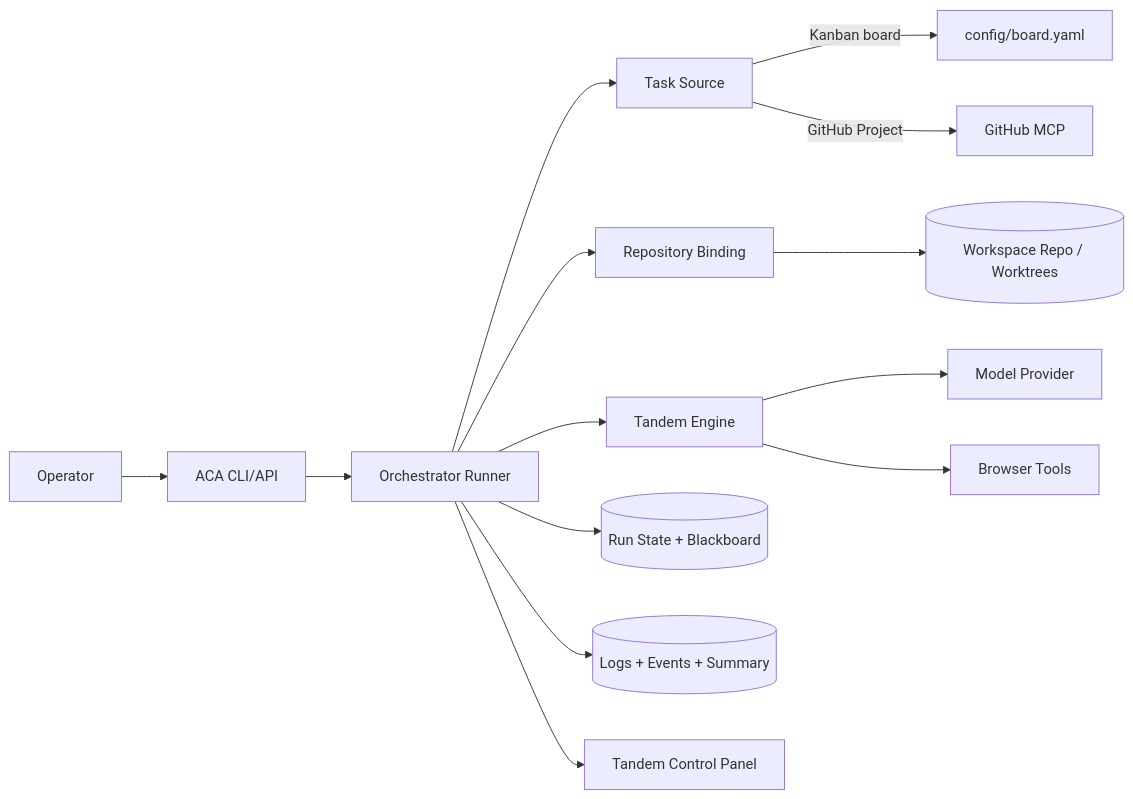
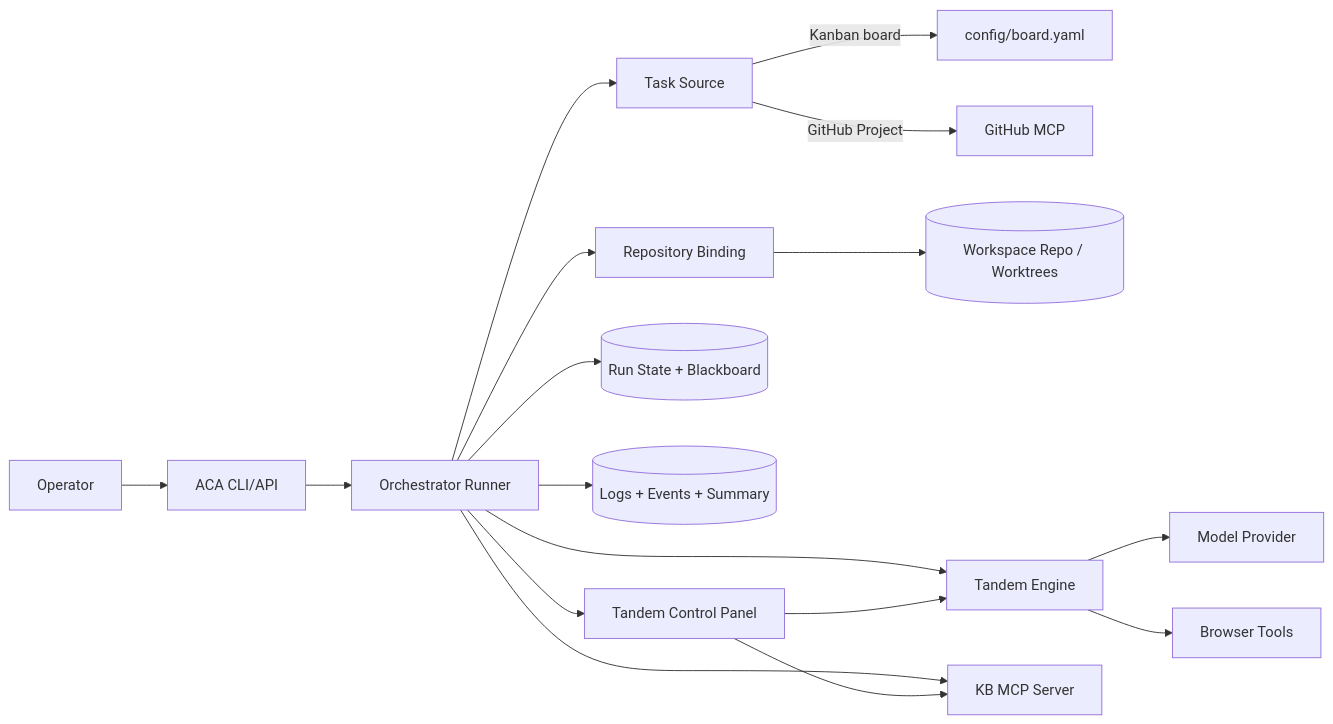
One commit to frumu-ai/tandem-agents changed the first of 3 diagrams in README.md. Above: the diagram before and after it, drawn with Mermaid. The commit also changed other lines of this file and 5 other files, not shown here.

````diff
--- a/README.md
+++ b/README.md
@@ -63,16 +71,19 @@
 ```mermaid
 flowchart LR
     U[Operator] --> C[ACA CLI/API]
     C --> O[Orchestrator Runner]
     O --> TS[Task Source]
     TS -->|Kanban board| B[config/board.yaml]
     TS -->|GitHub Project| G[GitHub MCP]
     O --> RB[Repository Binding]
     RB --> R[(Workspace Repo / Worktrees)]
     O --> E[Tandem Engine]
     E --> M[Model Provider]
     E --> BR[Browser Tools]
+    O --> KB[KB MCP Server]
     O --> RS[(Run State + Blackboard)]
     O --> LG[(Logs + Events + Summary)]
     O --> CP[Tandem Control Panel]
+    CP --> E
+    CP --> KB
 ```
````
